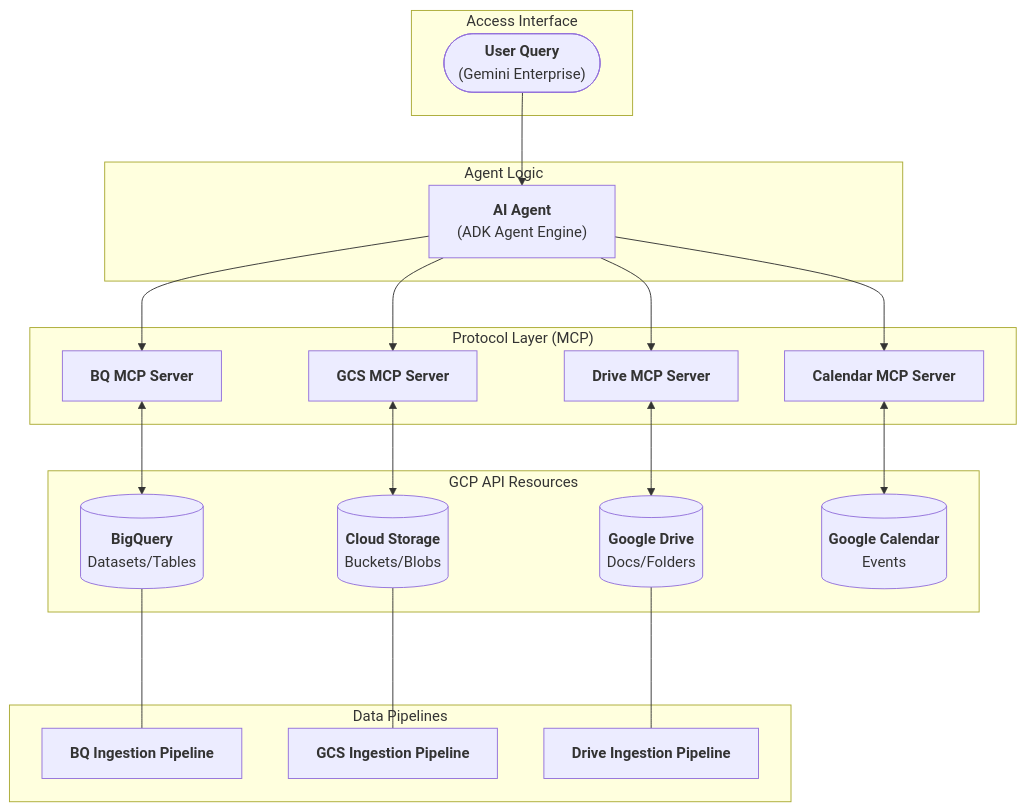
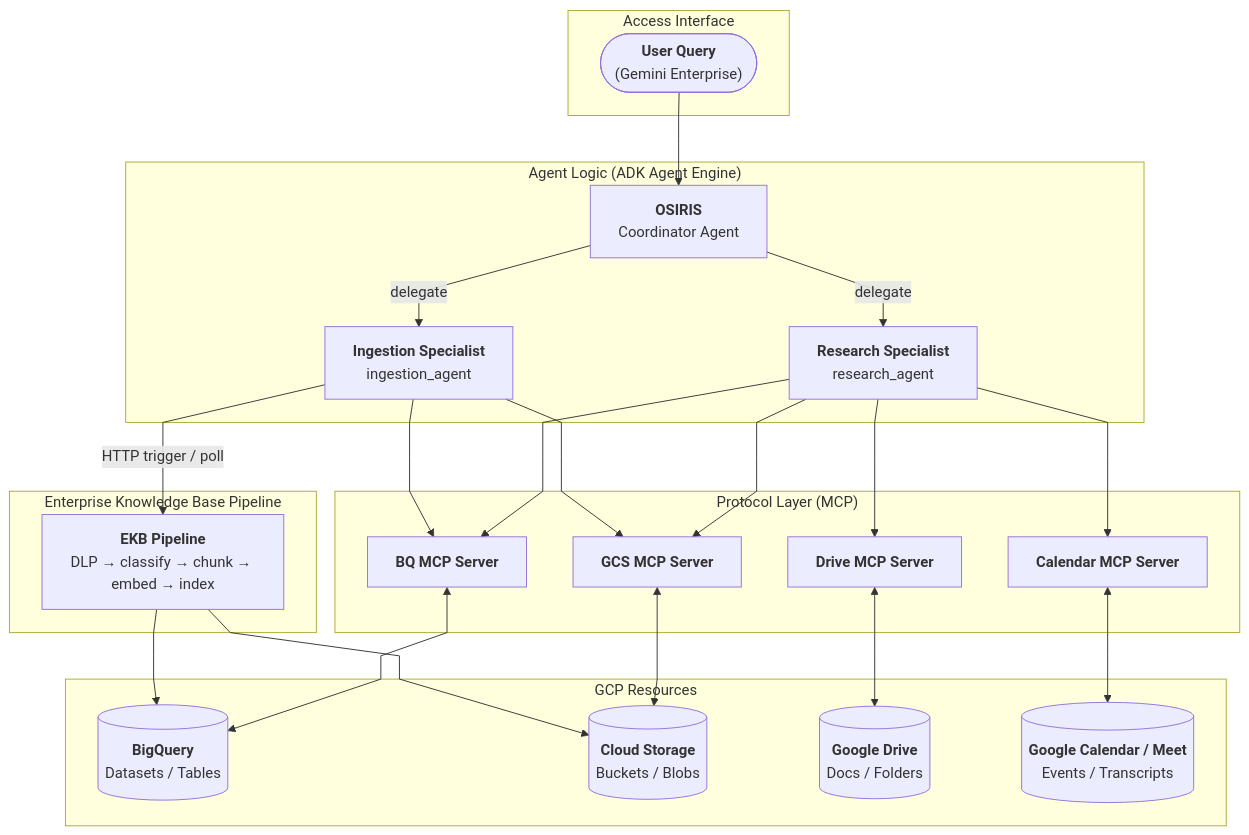
One commit to eamadorm/Research-Agent changed the diagram in README.md. Above: the diagram before and after it, drawn with Mermaid. The commit also changed other lines of this file and 29 other files, not shown here.

````diff
--- a/README.md
+++ b/README.md
@@ -34,47 +36,57 @@
 ```mermaid
+%%{init: {'flowchart': {'curve': 'linear'}}}%%
 graph TD
     subgraph Entry ["Access Interface"]
         User(["<b>User Query</b><br/>(Gemini Enterprise)"])
     end
 
-    subgraph Core ["Agent Logic"]
-        Agent["<b>AI Agent</b><br/>(ADK Agent Engine)"]
+    subgraph Core ["Agent Logic (ADK Agent Engine)"]
+        Coordinator["<b>OSIRIS</b><br/>Coordinator Agent"]
+        ResSpec["<b>Research Specialist</b><br/>research_agent"]
+        IngSpec["<b>Ingestion Specialist</b><br/>ingestion_agent"]
+        Coordinator -->|delegate| ResSpec
+        Coordinator -->|delegate| IngSpec
     end
 
     subgraph Gateway ["Protocol Layer (MCP)"]
         BQ_MCP["<b>BQ MCP Server</b>"]
         GCS_MCP["<b>GCS MCP Server</b>"]
         Drive_MCP["<b>Drive MCP Server</b>"]
         Calendar_MCP["<b>Calendar MCP Server</b>"]
     end
 
-    subgraph Service ["GCP API Resources"]
-        BQ_Res[("<b>BigQuery</b><br/>Datasets/Tables")]
-        GCS_Res[("<b>Cloud Storage</b><br/>Buckets/Blobs")]
-        Drive_Res[("<b>Google Drive</b><br/>Docs/Folders")]
-        Calendar_Res[("<b>Google Calendar</b><br/>Events")]
+    subgraph Service ["GCP Resources"]
+        BQ_Res[("<b>BigQuery</b><br/>Datasets / Tables")]
+        GCS_Res[("<b>Cloud Storage</b><br/>Buckets / Blobs")]
+        Drive_Res[("<b>Google Drive</b><br/>Docs / Folders")]
+        Calendar_Res[("<b>Google Calendar / Meet</b><br/>Events / Transcripts")]
     end
 
-    subgraph Processing ["Data Pipelines"]
-        BQ_Pipe["<b>BQ Ingestion Pipeline</b>"]
-        GCS_Pipe["<b>GCS Ingestion Pipeline</b>"]
-        Drive_Pipe["<b>Drive Ingestion Pipeline</b>"]
+    subgraph EKBPipeline ["Enterprise Knowledge Base Pipeline"]
+        EKB["<b>EKB Pipeline</b><br/>DLP → classify → chunk → embed → index"]
     end
 
-    %% Flow through MCP
-    User --> Agent
-    Agent --> BQ_MCP
-    Agent --> GCS_MCP
-    Agent --> Drive_MCP
-    Agent --> Calendar_MCP
+    %% User entry
+    User --> Coordinator
 
+    %% OSIRIS (Research Specialist) MCP access
+    ResSpec --> BQ_MCP
+    ResSpec --> GCS_MCP
+    ResSpec --> Drive_MCP
+    ResSpec --> Calendar_MCP
+
+    %% Ingestion agent MCP + EKB access
+    IngSpec --> BQ_MCP
+    IngSpec --> GCS_MCP
+    IngSpec -->|HTTP trigger / poll| EKB
+
+    %% MCP ↔ GCP
     BQ_MCP <--> BQ_Res
     GCS_MCP <--> GCS_Res
     Drive_MCP <--> Drive_Res
     Calendar_MCP <--> Calendar_Res
 
-    %% Ingestion Flow (visually below Databases)
-    BQ_Res <--- BQ_Pipe
-    GCS_Res <--- GCS_Pipe
-    Drive_Res <--- Drive_Pipe
+    %% EKB writes to storage
+    EKB --> GCS_Res
+    EKB --> BQ_Res
 ```
````
